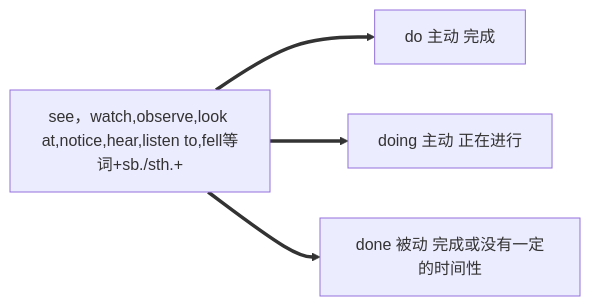
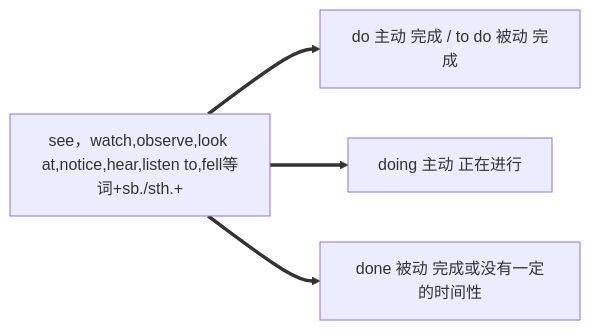
Before and after one commit to fuutianyii/english: the third of 6 diagrams in 非谓语动词总结.md, drawn with Mermaid. The commit also changed other lines of this file, not shown here.

````diff
--- a/非谓语动词总结.md
+++ b/非谓语动词总结.md
@@ -357,6 +361,6 @@
 ```mermaid
 graph LR
-A["see，watch,observe,look at,notice,hear,listen to,fell等词+sb./sth."+]  ==> B[do 主动 完成]
+A["see，watch,observe,look at,notice,hear,listen to,fell等词+sb./sth."+]  ==> B[do 主动 完成 / to do 被动 完成]
 A  ==> C[doing 主动 正在进行]
 A  ==> D[done 被动 完成或没有一定的时间性]
 ```
````
